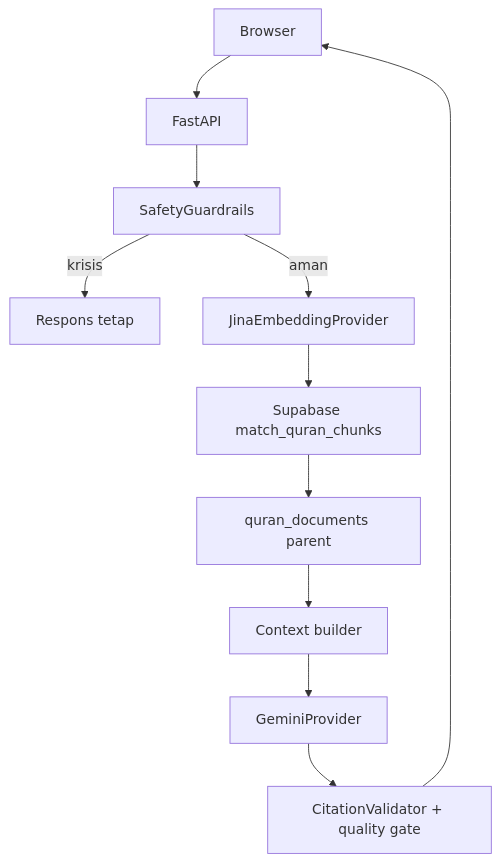
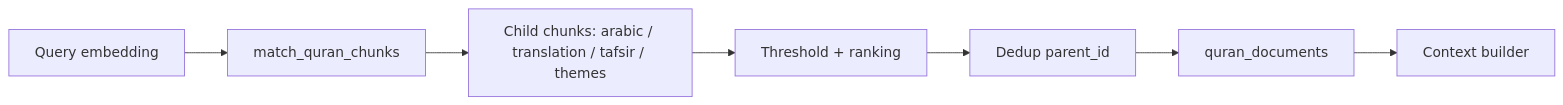
One commit to Irfandroid/qalbu-rag changed the third of 6 diagrams in docs/ARCHITECTURE.md. Above: the diagram before and after it, drawn with Mermaid. The commit also changed other lines of this file and 1 other file, not shown here.

Commit message:
Document Qalbu architecture and workflow

````diff
--- a/docs/ARCHITECTURE.md
+++ b/docs/ARCHITECTURE.md
@@ -3,13 +134,9 @@
 ```mermaid
-flowchart TD
-  Browser --> FastAPI
-  FastAPI --> Safety[SafetyGuardrails]
-  Safety -->|krisis| Fixed[Respons tetap]
-  Safety -->|aman| Embed[JinaEmbeddingProvider]
-  Embed --> RPC[Supabase match_quran_chunks]
-  RPC --> Docs[quran_documents parent]
-  Docs --> Context[Context builder]
-  Context --> Gemini[GeminiProvider]
-  Gemini --> Validator[CitationValidator + quality gate]
-  Validator --> Browser
+flowchart LR
+    Q[Query embedding] --> RPC[match_quran_chunks]
+    RPC --> CH[Child chunks: arabic / translation / tafsir / themes]
+    CH --> SCORE[Threshold + ranking]
+    SCORE --> DEDUP[Dedup parent_id]
+    DEDUP --> PARENT[quran_documents]
+    PARENT --> CTX[Context builder]
 ```
````
